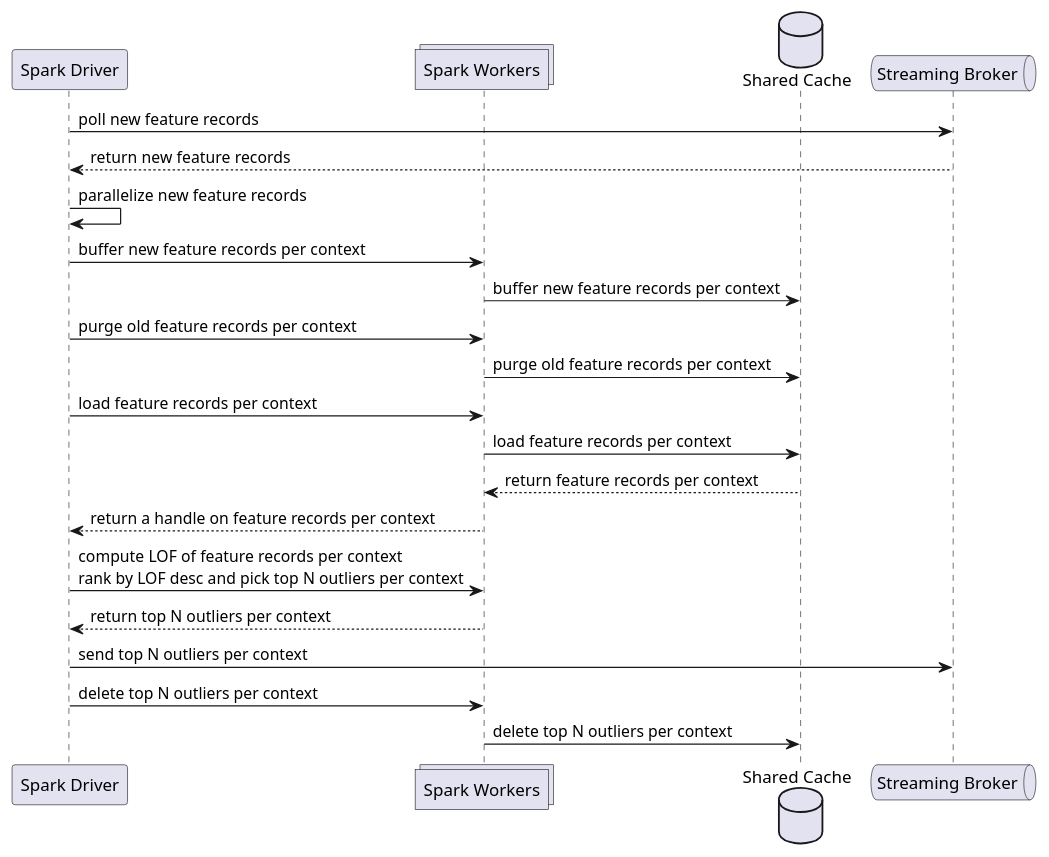
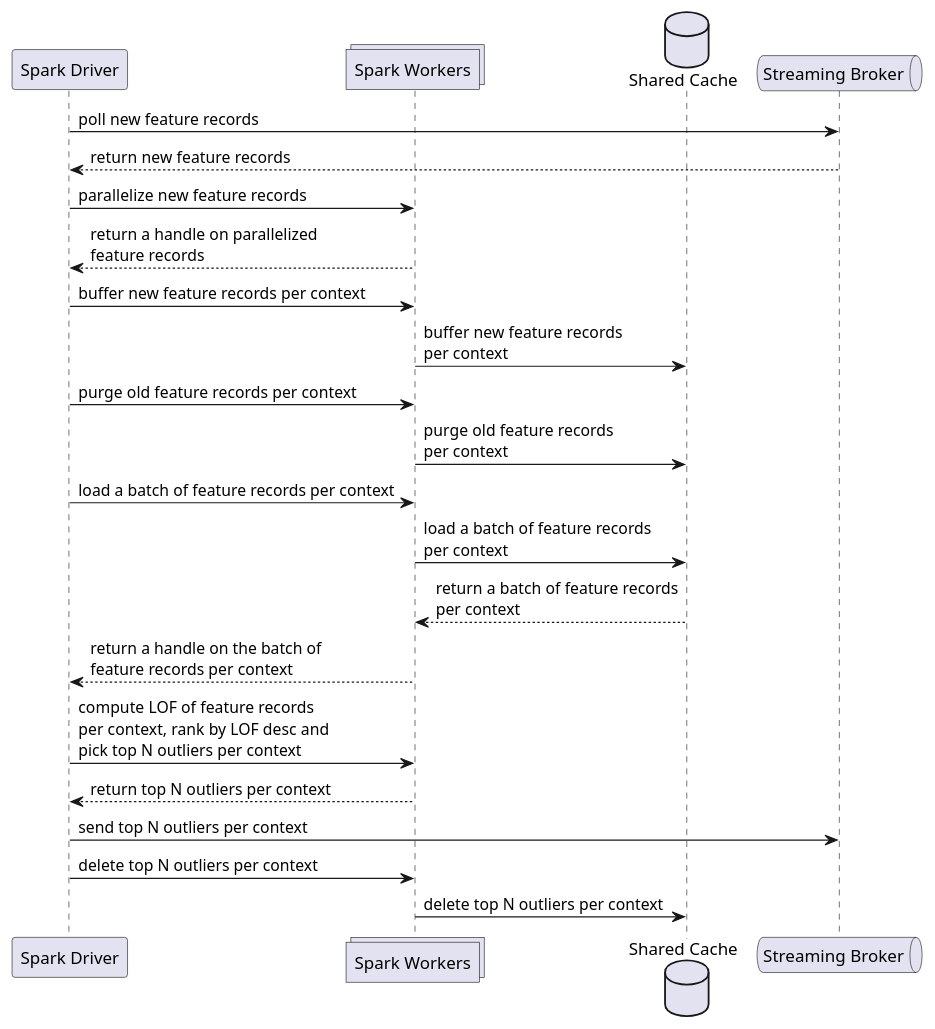
One commit to oiraqi/immunizer-analyze changed the diagram in design/sequence-diagram.wsd. Above: the diagram before and after it, drawn with PlantUML. The commit also changed 2 other files, not shown here.

```diff
--- a/design/sequence-diagram.wsd
+++ b/design/sequence-diagram.wsd
@@ -1,22 +1,23 @@
 @startuml SequenceDiagram
 participant "Spark Driver" as Master
 collections "Spark Workers" as Workers
 database "Shared Cache" as Cache
 queue "Streaming Broker" as Broker
 Master -> Broker : poll new feature records
 Broker --> Master : return new feature records
-Master -> Master : parallelize new feature records
+Master -> Workers : parallelize new feature records
+Workers --> Master : return a handle on parallelized\nfeature records
 Master -> Workers : buffer new feature records per context
-Workers -> Cache : buffer new feature records per context
+Workers -> Cache : buffer new feature records\nper context
 Master -> Workers : purge old feature records per context
-Workers -> Cache : purge old feature records per context
-Master -> Workers : load feature records per context
-Workers -> Cache : load feature records per context
-Cache --> Workers : return feature records per context
-Workers --> Master : return a handle on feature records per context
-Master -> Workers : compute LOF of feature records per context\nrank by LOF desc and pick top N outliers per context
+Workers -> Cache : purge old feature records\nper context
+Master -> Workers : load a batch of feature records per context
+Workers -> Cache : load a batch of feature records\nper context
+Cache --> Workers : return a batch of feature records\nper context
+Workers --> Master : return a handle on the batch of\nfeature records per context
+Master -> Workers : compute LOF of feature records\nper context, rank by LOF desc and\npick top N outliers per context
 Workers --> Master : return top N outliers per context
 Master -> Broker : send top N outliers per context
 Master -> Workers : delete top N outliers per context
 Workers -> Cache : delete top N outliers per context
 @enduml
```
